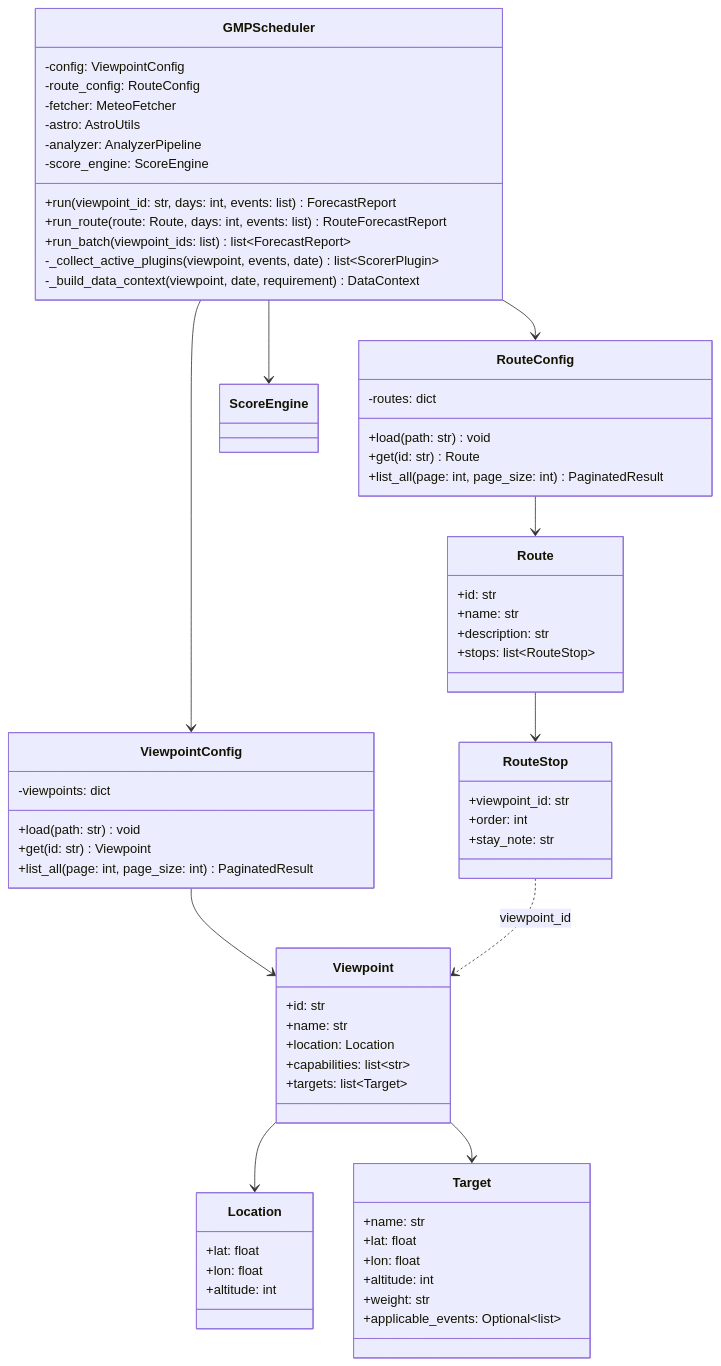
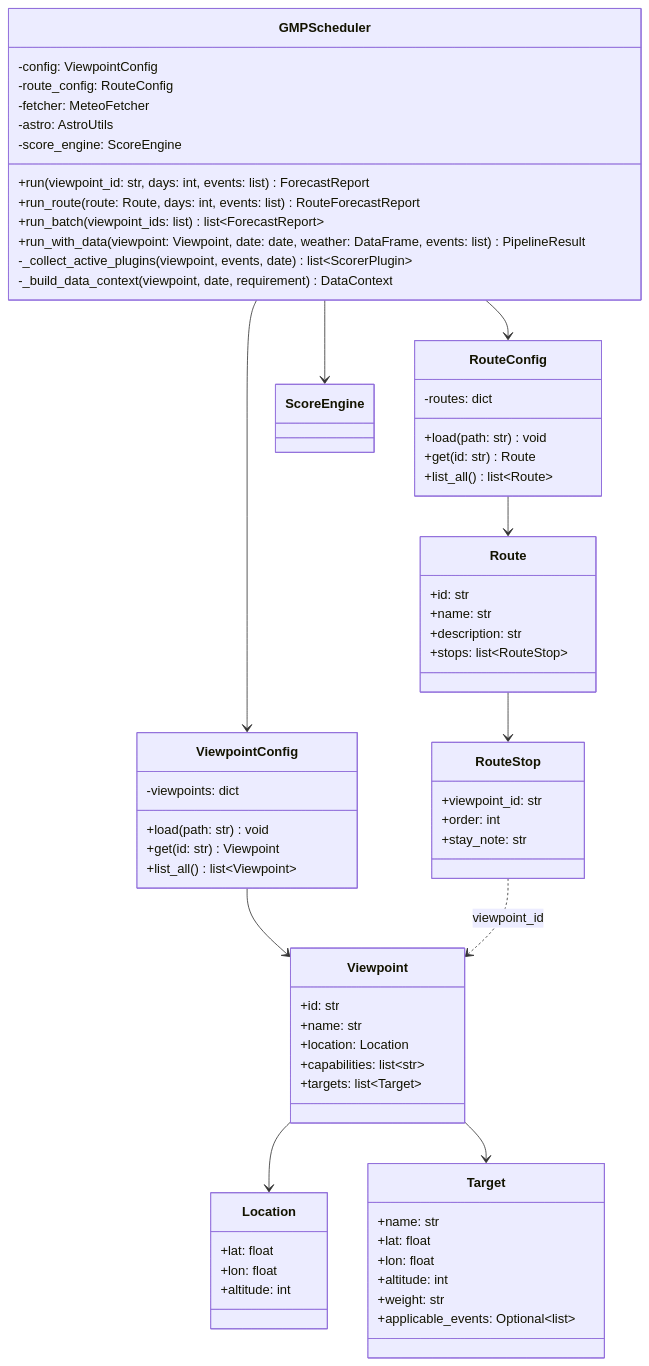
The first of 12 diagrams in design/06-class-sequence.md (mpb159753/golden-moment-predictor), drawn with Mermaid before and after one commit. The commit also changed other lines of this file and 123 other files, not shown here.

````diff
--- a/design/06-class-sequence.md
+++ b/design/06-class-sequence.md
@@ -5,76 +5,76 @@
 ```mermaid
 classDiagram
     class GMPScheduler {
         -config: ViewpointConfig
         -route_config: RouteConfig
         -fetcher: MeteoFetcher
         -astro: AstroUtils
-        -analyzer: AnalyzerPipeline
         -score_engine: ScoreEngine
         +run(viewpoint_id: str, days: int, events: list) ForecastReport
         +run_route(route: Route, days: int, events: list) RouteForecastReport
         +run_batch(viewpoint_ids: list) list~ForecastReport~
+        +run_with_data(viewpoint: Viewpoint, date: date, weather: DataFrame, events: list) PipelineResult
         -_collect_active_plugins(viewpoint, events, date) list~ScorerPlugin~
         -_build_data_context(viewpoint, date, requirement) DataContext
     }
 
     class ViewpointConfig {
         -viewpoints: dict
         +load(path: str) void
         +get(id: str) Viewpoint
-        +list_all(page: int, page_size: int) PaginatedResult
+        +list_all() list~Viewpoint~
     }
 
     class RouteConfig {
         -routes: dict
         +load(path: str) void
         +get(id: str) Route
-        +list_all(page: int, page_size: int) PaginatedResult
+        +list_all() list~Route~
     }
 
     class Route {
         +id: str
         +name: str
         +description: str
         +stops: list~RouteStop~
     }
 
     class RouteStop {
         +viewpoint_id: str
         +order: int
         +stay_note: str
     }
 
     class Viewpoint {
         +id: str
         +name: str
         +location: Location
         +capabilities: list~str~
         +targets: list~Target~
     }
 
     class Location {
         +lat: float
         +lon: float
         +altitude: int
     }
 
     class Target {
         +name: str
         +lat: float
         +lon: float
         +altitude: int
         +weight: str
         +applicable_events: Optional~list~
     }
 
     GMPScheduler --> ViewpointConfig
     GMPScheduler --> RouteConfig
     GMPScheduler --> ScoreEngine
     ViewpointConfig --> Viewpoint
     RouteConfig --> Route
     Route --> RouteStop
     RouteStop ..> Viewpoint : viewpoint_id
     Viewpoint --> Location
     Viewpoint --> Target
 ```
````
